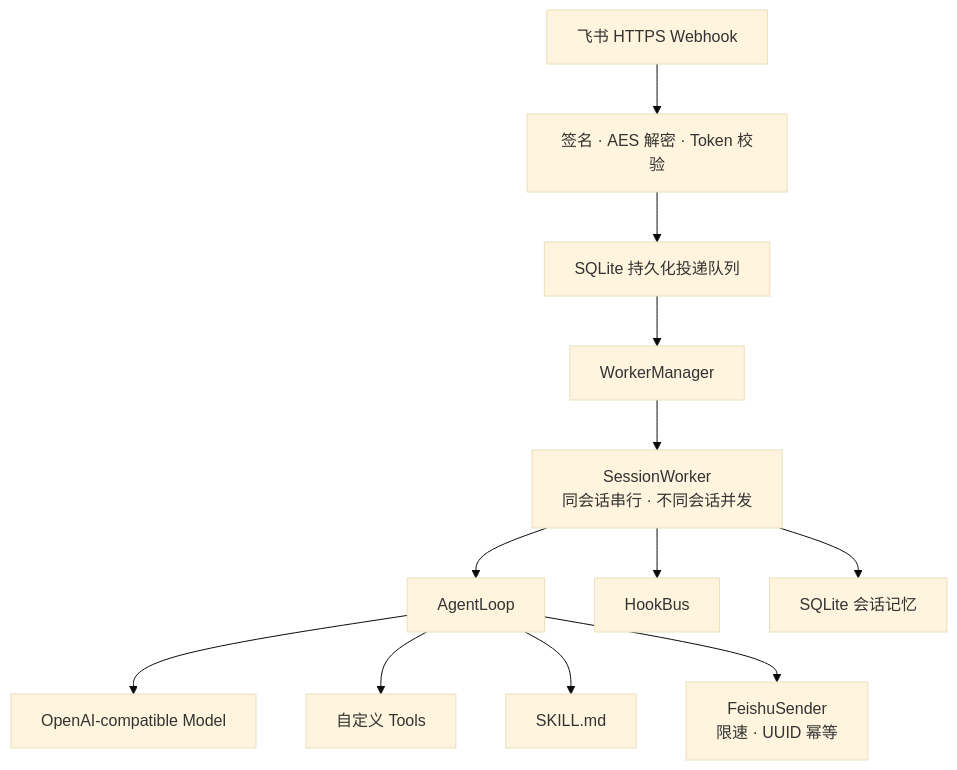
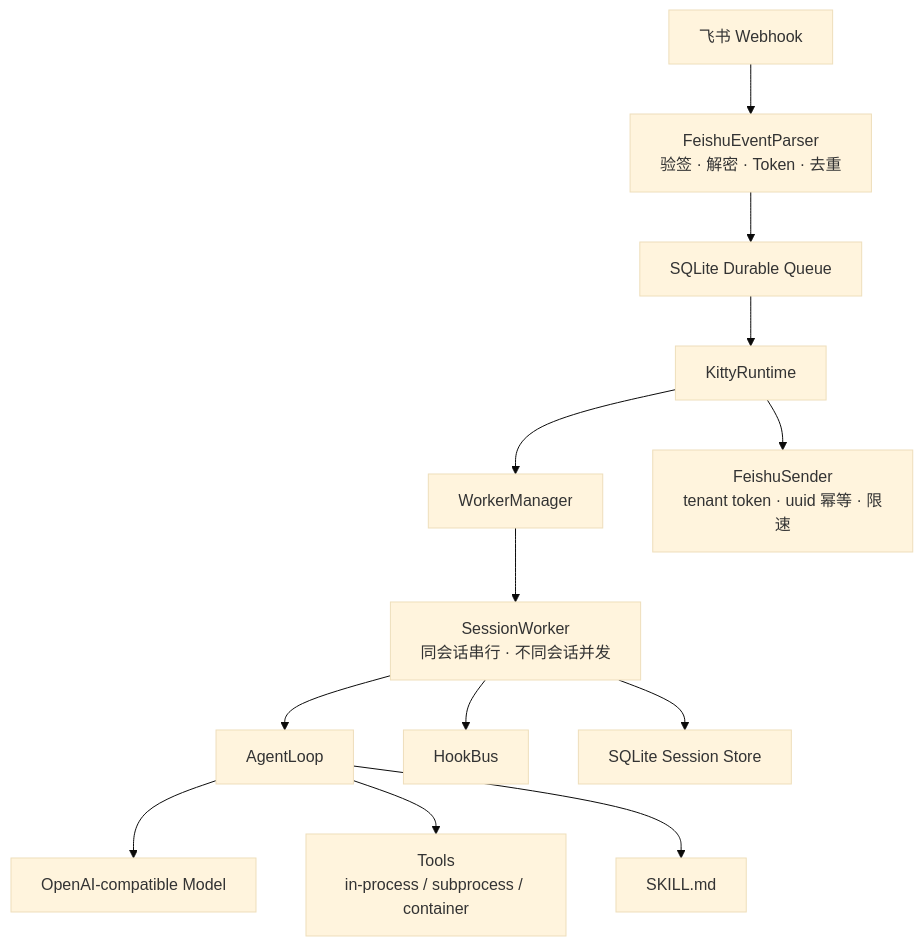
The first of 2 diagrams in README.md (jocelynzhang0812-lab/kitty), drawn with Mermaid (base theme) before and after one commit. The commit also changed other lines of this file, not shown here.

Commit message:
docs: rewrite kitty architecture readme

````diff
--- a/README.md
+++ b/README.md
@@ -10,14 +36,15 @@
 ```mermaid
 flowchart TD
-    FS["飞书 HTTPS Webhook"] --> SEC["签名 · AES 解密 · Token 校验"]
-    SEC --> QUEUE["SQLite 持久化投递队列"]
-    QUEUE --> WM["WorkerManager"]
-    WM --> SW["SessionWorker<br/>同会话串行 · 不同会话并发"]
-    SW --> LOOP["AgentLoop"]
-    LOOP --> MODEL["OpenAI-compatible Model"]
-    LOOP --> TOOLS["自定义 Tools"]
-    LOOP --> SKILLS["SKILL.md"]
-    SW --> HOOKS["HookBus"]
-    SW --> MEMORY["SQLite 会话记忆"]
-    LOOP --> SEND["FeishuSender<br/>限速 · UUID 幂等"]
+    Feishu["飞书 Webhook"] --> Parser["FeishuEventParser<br/>验签 · 解密 · Token · 去重"]
+    Parser --> Queue["SQLite Durable Queue"]
+    Queue --> Runtime["KittyRuntime"]
+    Runtime --> WorkerManager["WorkerManager"]
+    WorkerManager --> SessionWorker["SessionWorker<br/>同会话串行 · 不同会话并发"]
+    SessionWorker --> AgentLoop["AgentLoop"]
+    AgentLoop --> Model["OpenAI-compatible Model"]
+    AgentLoop --> Tools["Tools<br/>in-process / subprocess / container"]
+    AgentLoop --> Skills["SKILL.md"]
+    SessionWorker --> Hooks["HookBus"]
+    SessionWorker --> Store["SQLite Session Store"]
+    Runtime --> Sender["FeishuSender<br/>tenant token · uuid 幂等 · 限速"]
 ```
````
